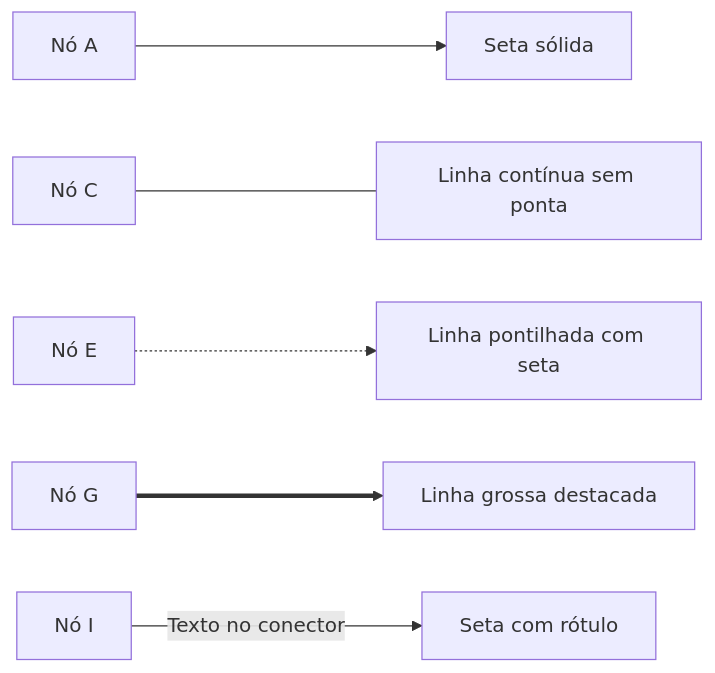
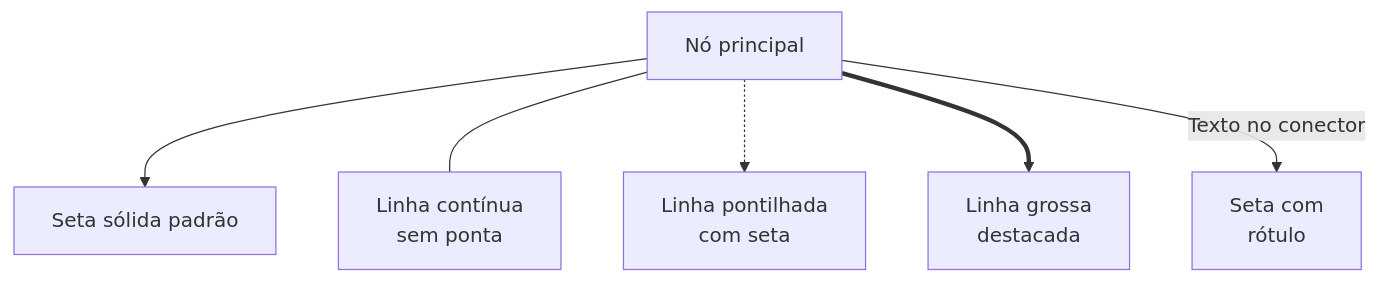
The first of 7 diagrams in mermaid/Sintaxe e possibilidades com Mermaid.md (leorruas/programacao), drawn with Mermaid before and after one commit. The commit also changed other lines of this file and 1 other file, not shown here.

Commit message:
fix(mermaid): corrigir sintaxe do diagrama de conexoes e atualizar log

````diff
--- a/mermaid/Sintaxe e possibilidades com Mermaid.md
+++ b/mermaid/Sintaxe e possibilidades com Mermaid.md
@@ -45,8 +53,9 @@
 ```mermaid
-flowchart LR
-    A["Nó A"] --> B["Seta sólida"]
-    C["Nó C"] --- D["Linha contínua sem ponta"]
-    E["Nó E"] -.-> F["Linha pontilhada com seta"]
-    G["Nó G"] ==> H["Linha grossa destacada"]
-    I["Nó I"] -->|Texto no conector| J["Seta com rótulo"]
+flowchart TD
+    Origem["Nó principal"]
+    Origem --> SetaSolida["Seta sólida padrão"]
+    Origem --- LinhaContinua["Linha contínua<br>sem ponta"]
+    Origem -.-> LinhaPontilhada["Linha pontilhada<br>com seta"]
+    Origem ==> LinhaGrossa["Linha grossa<br>destacada"]
+    Origem -->|Texto no conector| SetaRotulo["Seta com<br>rótulo"]
 ```
````
